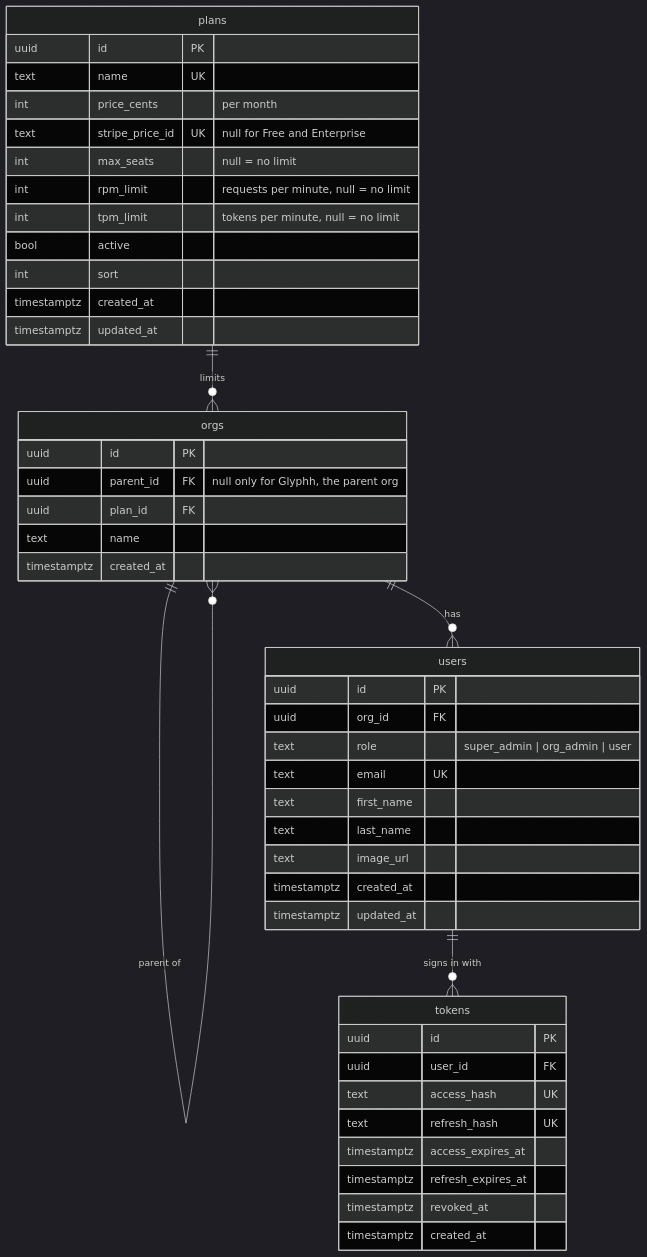
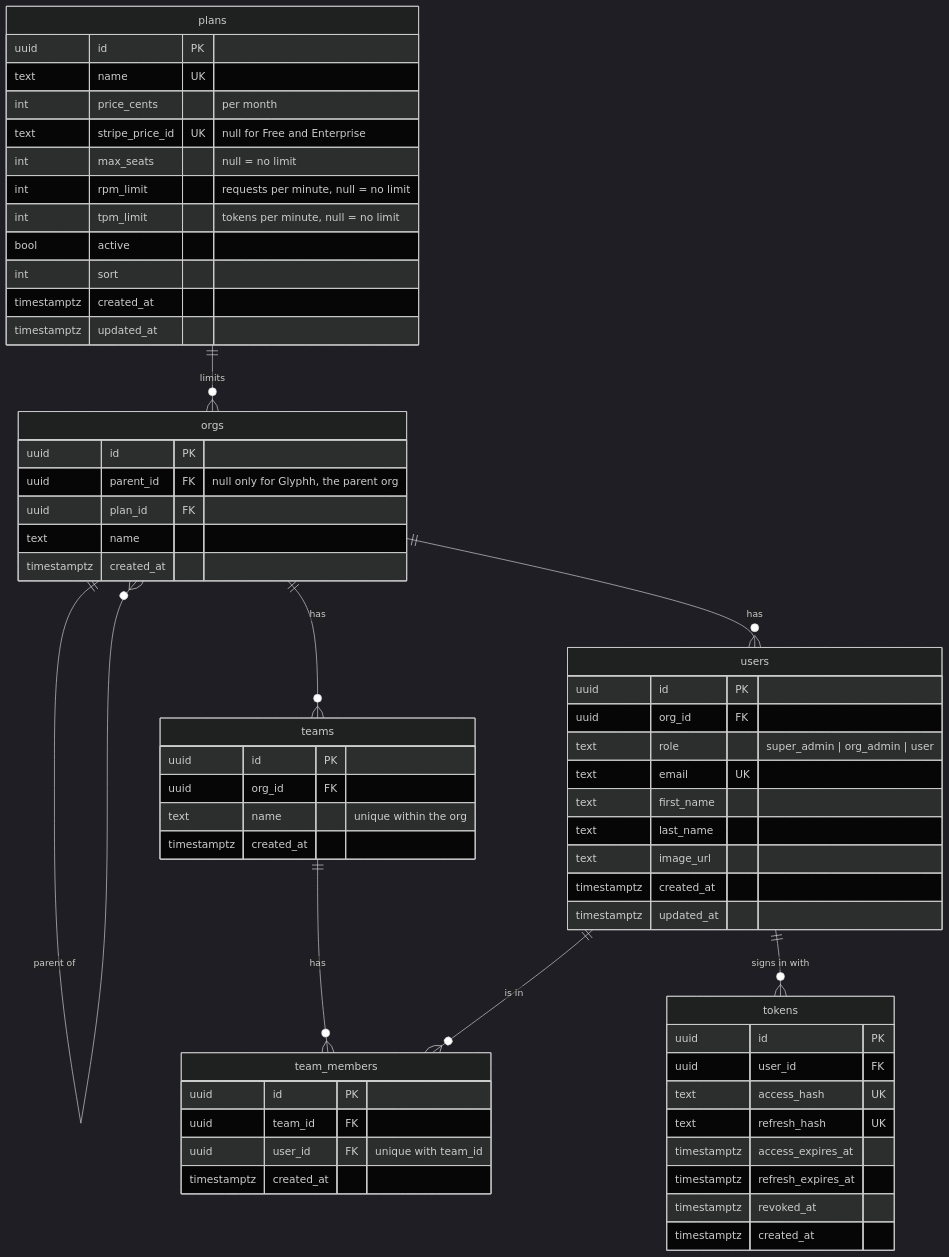
Before and after one commit to glyphh-ai/server: the diagram in docs/data-model.md, drawn with Mermaid (dark theme). The commit also changed other lines of this file, not shown here.

Commit message:
Data model: teams, optional; an org with teams is team scoped

````diff
--- a/docs/data-model.md
+++ b/docs/data-model.md
@@ -5,52 +5,69 @@
 ```mermaid
 erDiagram
     plans ||--o{ orgs : "limits"
     orgs ||--o{ orgs : "parent of"
     orgs ||--o{ users : "has"
+    orgs ||--o{ teams : "has"
+    teams ||--o{ team_members : "has"
+    users ||--o{ team_members : "is in"
     users ||--o{ tokens : "signs in with"
 
     plans {
         uuid id PK
         text name UK
         int price_cents "per month"
         text stripe_price_id UK "null for Free and Enterprise"
         int max_seats "null = no limit"
         int rpm_limit "requests per minute, null = no limit"
         int tpm_limit "tokens per minute, null = no limit"
         bool active
         int sort
         timestamptz created_at
         timestamptz updated_at
     }
 
     orgs {
         uuid id PK
         uuid parent_id FK "null only for Glyphh, the parent org"
         uuid plan_id FK
         text name
         timestamptz created_at
     }
 
     users {
         uuid id PK
         uuid org_id FK
         text role "super_admin | org_admin | user"
         text email UK
         text first_name
         text last_name
         text image_url
         timestamptz created_at
         timestamptz updated_at
     }
 
+    teams {
+        uuid id PK
+        uuid org_id FK
+        text name "unique within the org"
+        timestamptz created_at
+    }
+
+    team_members {
+        uuid id PK
+        uuid team_id FK
+        uuid user_id FK "unique with team_id"
+        timestamptz created_at
+    }
+
     tokens {
         uuid id PK
         uuid user_id FK
         text access_hash UK
         text refresh_hash UK
         timestamptz access_expires_at
         timestamptz refresh_expires_at
         timestamptz revoked_at
         timestamptz created_at
     }
 ```
````
